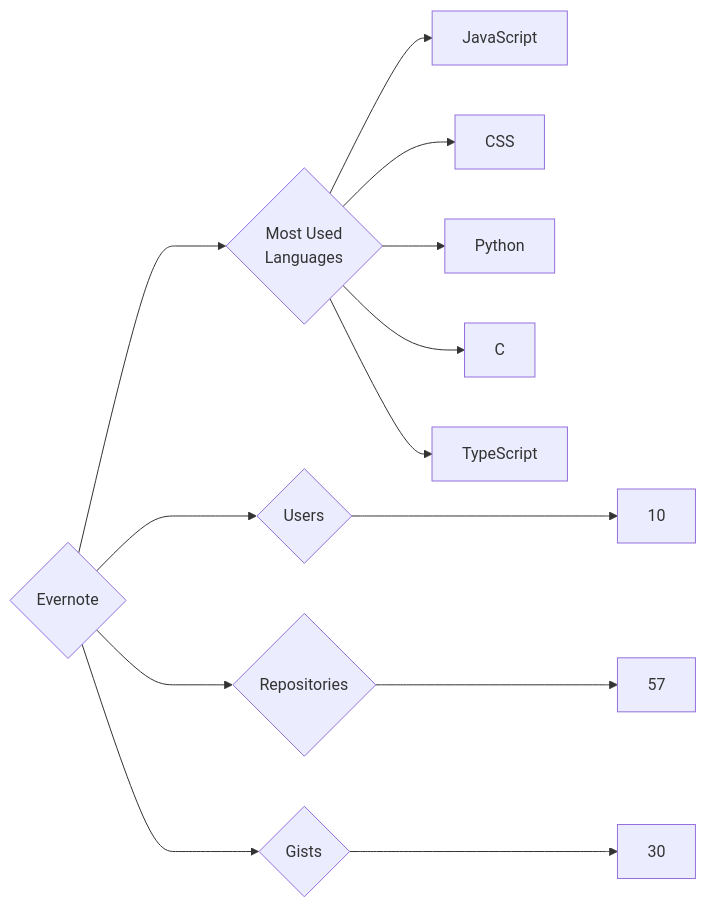
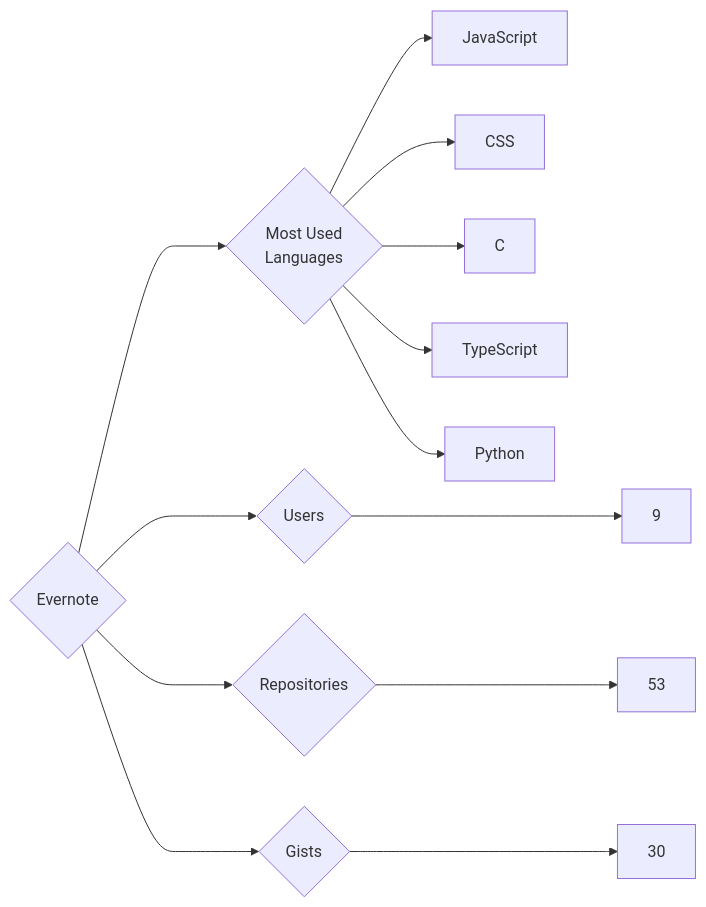
Before and after one commit to trickest/insiders: the diagram in targets/Evernote/README.md, drawn with Mermaid. The commit also changed 1088 other files, not shown here.

````diff
--- a/targets/Evernote/README.md
+++ b/targets/Evernote/README.md
@@ -3,13 +3,13 @@
 ```mermaid
 graph LR
 COMPANY_NAME{Evernote}
-COMPANY_NAME ---> U{Users} ---> UN[10]
-COMPANY_NAME ---> R{Repositories} ---> RN[57]
+COMPANY_NAME ---> U{Users} ---> UN[9]
+COMPANY_NAME ---> R{Repositories} ---> RN[53]
 COMPANY_NAME ---> G{Gists} ---> GN[30]
 COMPANY_NAME ---> ML{Most Used<br>Languages}
 ML --> JavaScript[JavaScript]
 ML --> CSS[CSS]
-ML --> Python[Python]
 ML --> C[C]
 ML --> TypeScript[TypeScript]
+ML --> Python[Python]
 ```
````
